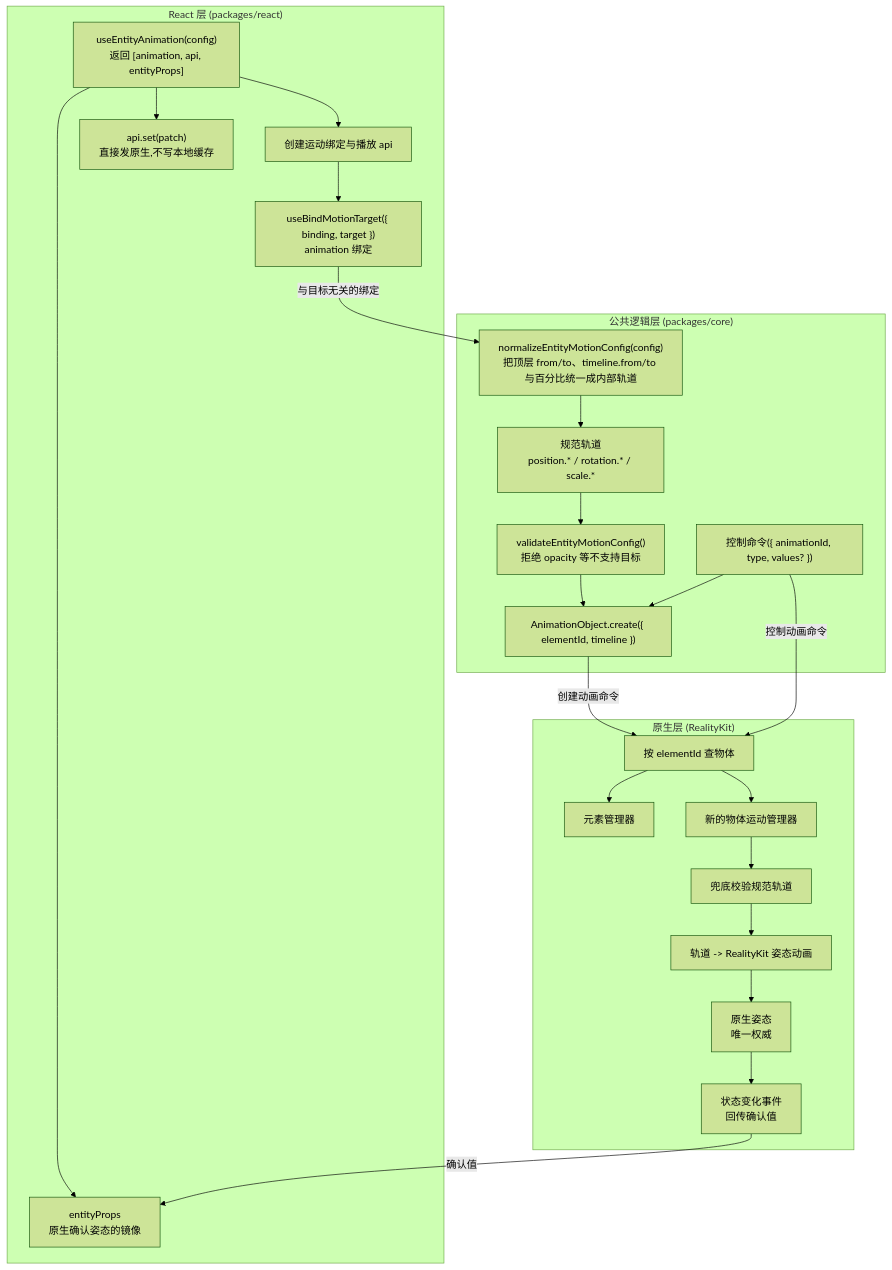
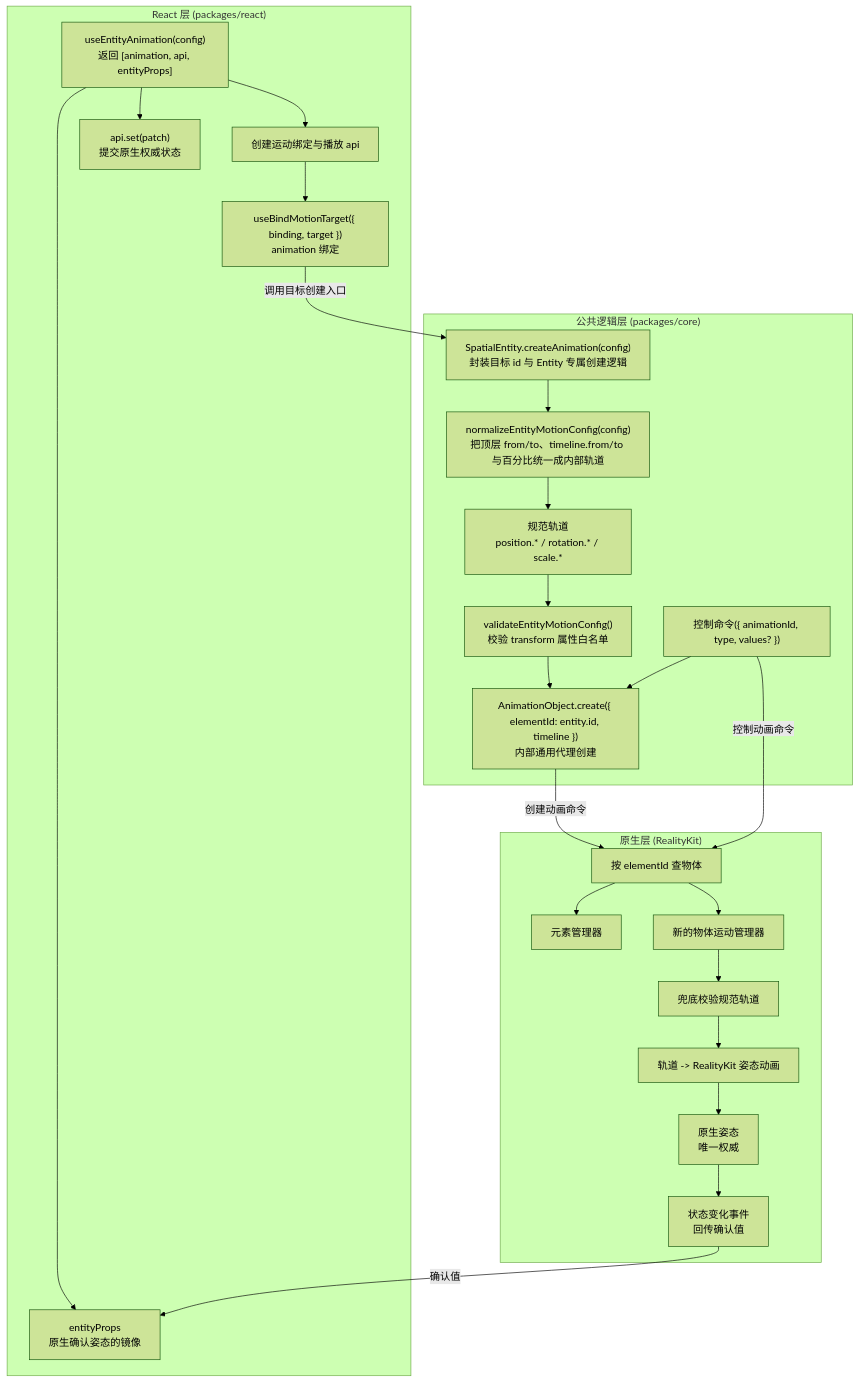
One commit to webspatial/webspatial-sdk changed the first of 14 diagrams in openspec/changes/redesign-entity-motion-api/design.zh.md. Above: the diagram before and after it, drawn with Mermaid (forest theme). The commit also changed other lines of this file and 3 other files, not shown here.

Commit message:
update spec structure and diagram

````diff
--- a/openspec/changes/redesign-entity-motion-api/design.zh.md
+++ b/openspec/changes/redesign-entity-motion-api/design.zh.md
@@ -113,50 +113,52 @@
 ```mermaid
 flowchart TB
     subgraph React["React 层 (packages/react)"]
         UseEntity["useEntityAnimation(config)<br/>返回 [animation, api, entityProps]"]
         ReactBinding["创建运动绑定与播放 api"]
         EntityProps["entityProps<br/>原生确认姿态的镜像"]
-        ApiSet["api.set(patch)<br/>直接发原生,不写本地缓存"]
+        ApiSet["api.set(patch)<br/>提交原生权威状态"]
         BindTarget["useBindMotionTarget({ binding, target })<br/>animation 绑定"]
 
         UseEntity --> ReactBinding
         UseEntity --> EntityProps
         UseEntity --> ApiSet
         ReactBinding --> BindTarget
     end
 
     subgraph Core["公共逻辑层 (packages/core)"]
+        EntityCreate["SpatialEntity.createAnimation(config)<br/>封装目标 id 与 Entity 专属创建逻辑"]
         Normalize["normalizeEntityMotionConfig(config)<br/>把顶层 from/to、timeline.from/to 与百分比统一成内部轨道"]
         Tracks["规范轨道<br/>position.* / rotation.* / scale.*"]
-        Validate["validateEntityMotionConfig()<br/>拒绝 opacity 等不支持目标"]
-        CreateObject["AnimationObject.create({ elementId, timeline })"]
+        Validate["validateEntityMotionConfig()<br/>校验 transform 属性白名单"]
+        CreateObject["AnimationObject.create({ elementId: entity.id, timeline })<br/>内部通用代理创建"]
         ControlObject["控制命令({ animationId, type, values? })"]
 
+        EntityCreate --> Normalize
         Normalize --> Tracks
         Tracks --> Validate
         Validate --> CreateObject
         ControlObject --> CreateObject
     end
 
     subgraph Native["原生层 (RealityKit)"]
         Resolve["按 elementId 查物体"]
         ElementAdapter["元素管理器"]
         EntityManager["新的物体运动管理器"]
         NativeValidate["兜底校验规范轨道"]
         Compile["轨道 -> RealityKit 姿态动画"]
         Authority["原生姿态<br/>唯一权威"]
         Event["状态变化事件<br/>回传确认值"]
 
         Resolve --> ElementAdapter
         Resolve --> EntityManager
         EntityManager --> NativeValidate
         NativeValidate --> Compile
         Compile --> Authority
         Authority --> Event
     end
 
-    BindTarget -->|"与目标无关的绑定"| Normalize
+    BindTarget -->|"调用目标创建入口"| EntityCreate
     CreateObject -->|"创建动画命令"| Resolve
     ControlObject -->|"控制动画命令"| Resolve
     Event -->|"确认值"| EntityProps
 ```
````
